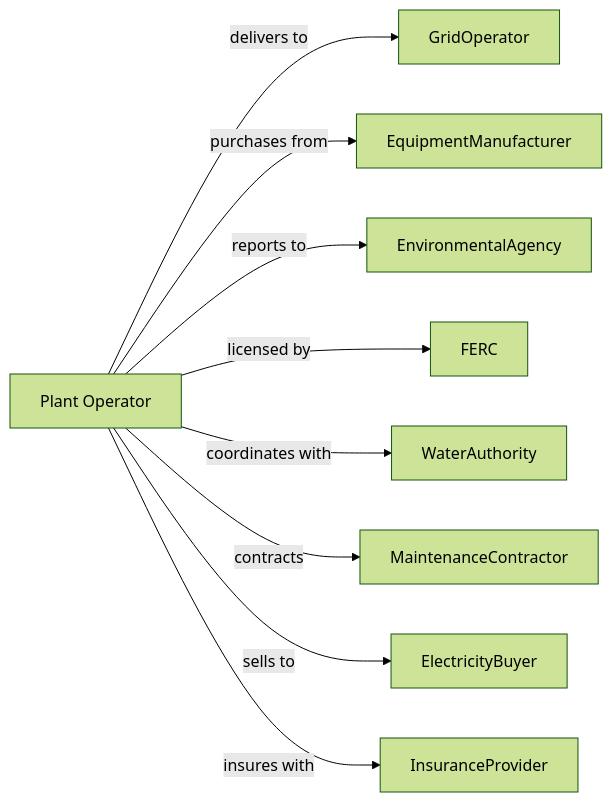
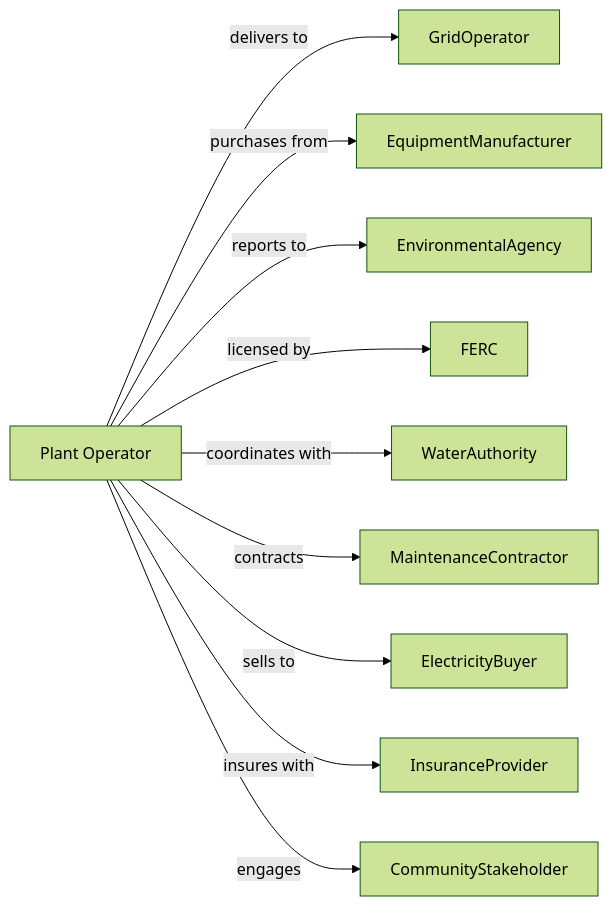
The second of 2 diagrams in Utilities/Utilities/ElectricPowerGenerationTransmissionAndDistribution/HydroelectricPowerGeneration.mdx (dot-org-ai/industries.org.ai), drawn with Mermaid (forest theme) before and after one commit. The commit also changed 588 other files, not shown here.

````diff
--- a/Utilities/Utilities/ElectricPowerGenerationTransmissionAndDistribution/HydroelectricPowerGeneration.mdx
+++ b/Utilities/Utilities/ElectricPowerGenerationTransmissionAndDistribution/HydroelectricPowerGeneration.mdx
@@ -134,13 +134,14 @@
 ```mermaid
 graph LR
     P[Plant Operator]
 
     P -->|delivers to| GridOperator
     P -->|purchases from| EquipmentManufacturer
     P -->|reports to| EnvironmentalAgency
     P -->|licensed by| FERC
     P -->|coordinates with| WaterAuthority
     P -->|contracts| MaintenanceContractor
     P -->|sells to| ElectricityBuyer
     P -->|insures with| InsuranceProvider
+    P -->|engages| CommunityStakeholder
 ```
````
